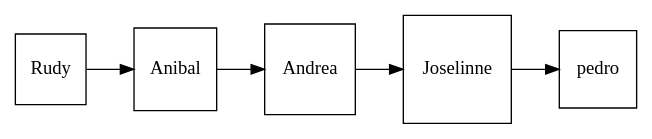
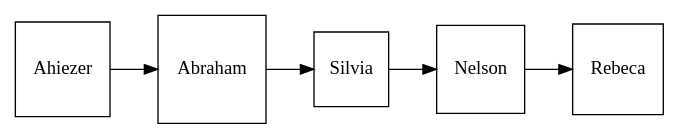
Before and after one commit to AhiezerRamirez/EDD_1S2020_PY1_201709062: the diagram in preorder.dot, drawn with Graphviz. The commit also changed 34 other files, not shown here.

```diff
--- a/preorder.dot
+++ b/preorder.dot
@@ -1,5 +1,5 @@
 digraph G {
  node [shape = square]; 
  graph [rankdir=LR];
-Rudy -> Anibal -> Andrea -> Joselinne -> pedro 
+Ahiezer -> Abraham -> Silvia -> Nelson -> Rebeca 
 }
```
